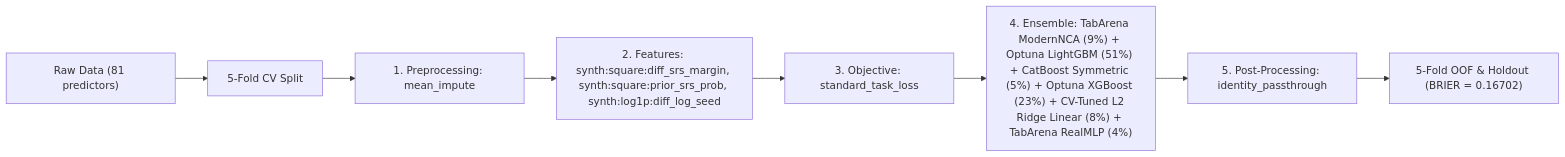
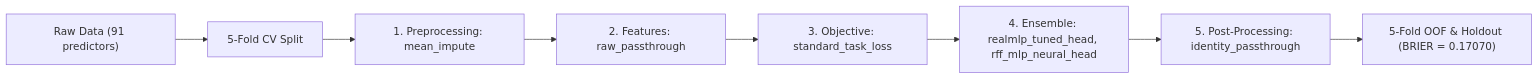
One commit to stefanoclss/March-Machine-Learning-Mania-2026 changed the diagram in README.md. Above: the diagram before and after it, drawn with Mermaid. The commit also changed other lines of this file, not shown here.

First line of the commit message:
docs(readme): refresh verified OOF benchmark & build ledger (BRIER=0.17070)

````diff
--- a/README.md
+++ b/README.md
@@ -79,10 +70,10 @@
 ```mermaid
 flowchart LR
-    DATA["Raw Data (81 predictors)"] --> SPLIT["5-Fold CV Split"]
+    DATA["Raw Data (91 predictors)"] --> SPLIT["5-Fold CV Split"]
     SPLIT --> PRE["1. Preprocessing: mean_impute"]
-    PRE --> FEAT["2. Features: synth:square:diff_srs_margin, synth:square:prior_srs_prob, synth:log1p:diff_log_seed"]
+    PRE --> FEAT["2. Features: raw_passthrough"]
     FEAT --> OBJ["3. Objective: standard_task_loss"]
-    OBJ --> M0["4. Ensemble: TabArena ModernNCA (9%) + Optuna LightGBM (51%) + CatBoost Symmetric (5%) + Optuna XGBoost (23%) + CV-Tuned L2 Ridge Linear (8%) + TabArena RealMLP (4%)"]
+    OBJ --> M0["4. Ensemble: realmlp_tuned_head, rff_mlp_neural_head"]
     M0 --> POST["5. Post-Processing: identity_passthrough"]
-    POST --> OUT["5-Fold OOF & Holdout (BRIER = 0.16702)"]
+    POST --> OUT["5-Fold OOF & Holdout (BRIER = 0.17070)"]
 ```
````
